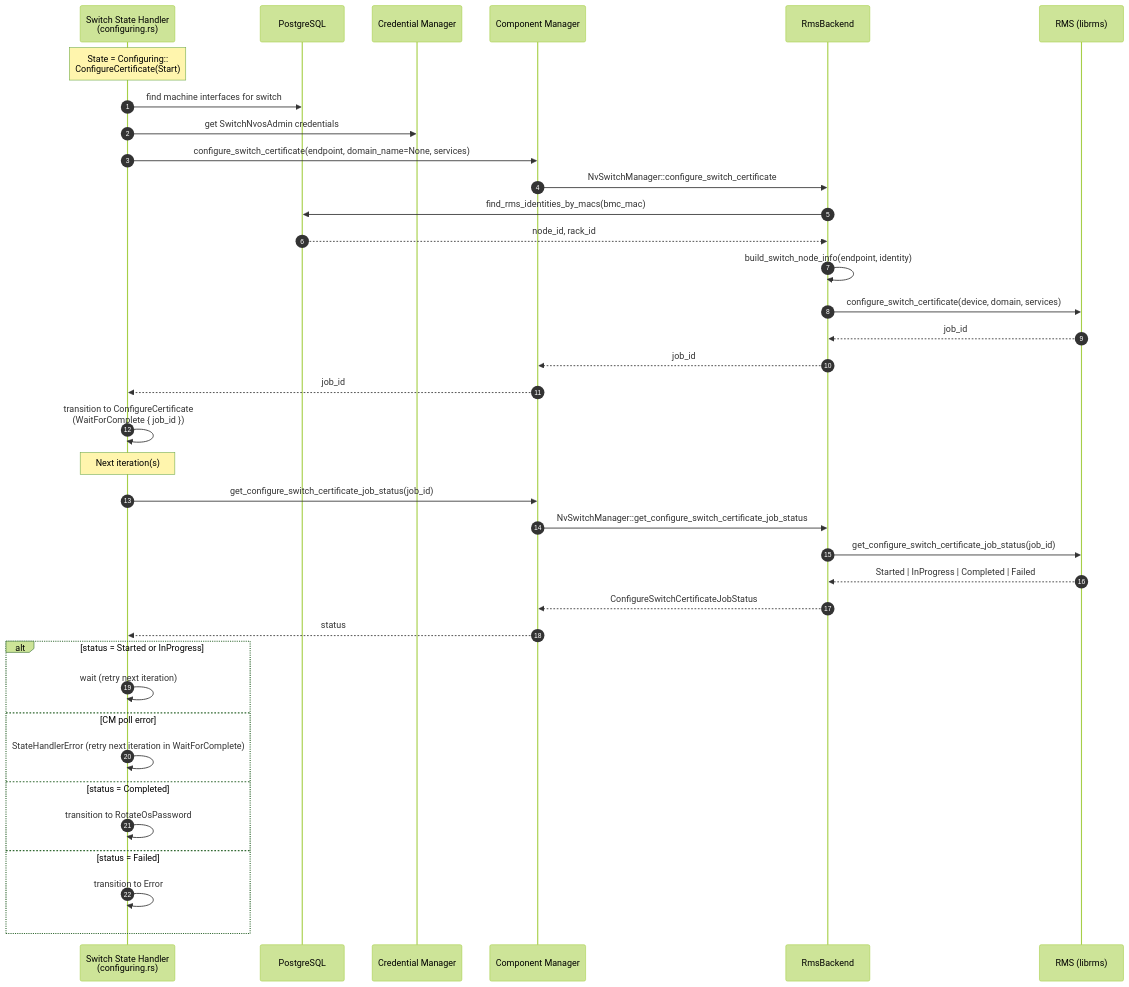
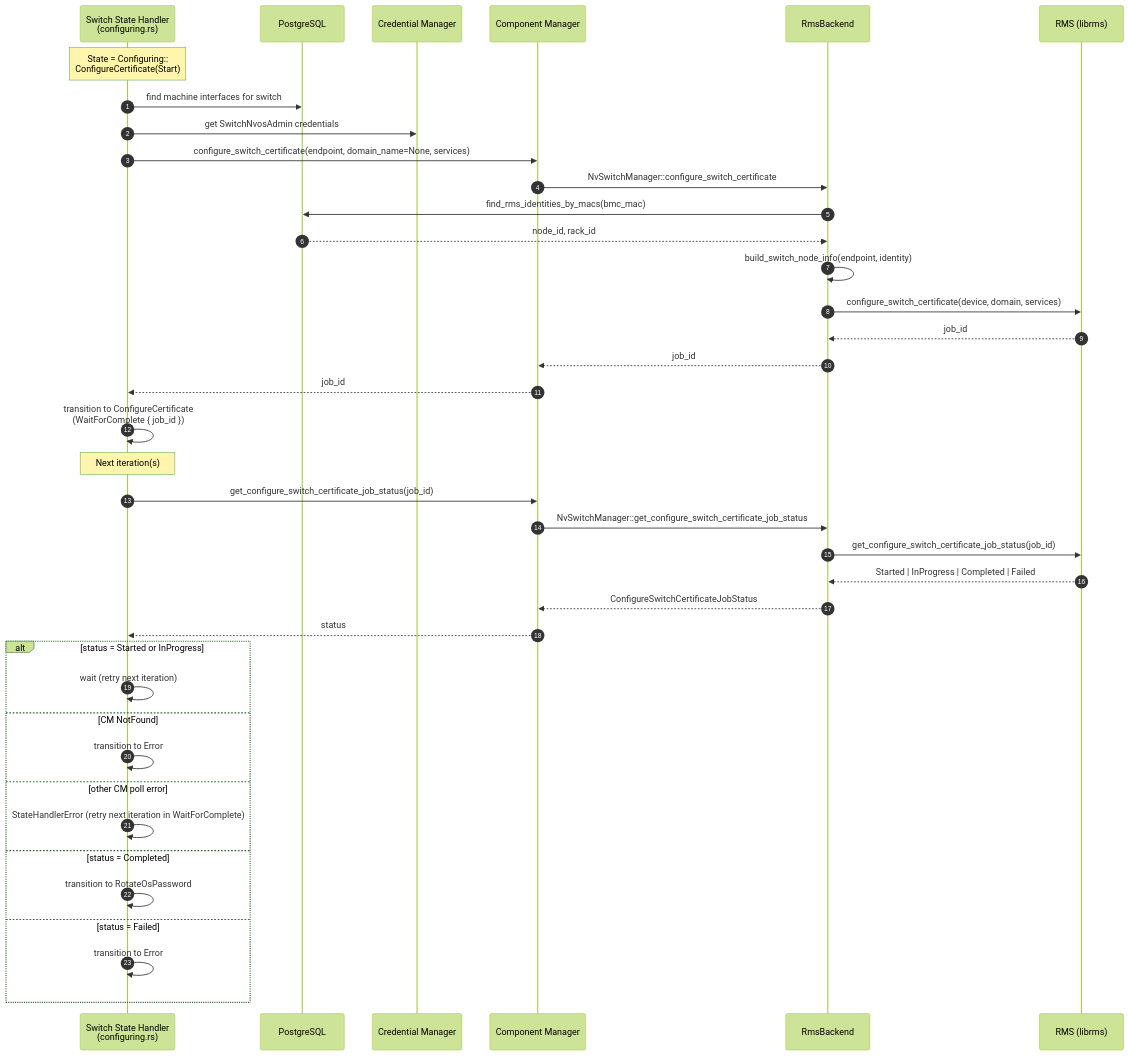
The third of 5 diagrams in docs/architecture/state_machines/switch_configure_certificate.md (dsx-ai-factory/infra-controller), drawn with Mermaid (forest theme) before and after one commit. The commit also changed other lines of this file and 21 other files, not shown here.

````diff
--- a/docs/architecture/state_machines/switch_configure_certificate.md
+++ b/docs/architecture/state_machines/switch_configure_certificate.md
@@ -368,46 +388,48 @@
 ```mermaid
 sequenceDiagram
     autonumber
     participant SCH as Switch State Handler<br/>(configuring.rs)
     participant DB as PostgreSQL
     participant Creds as Credential Manager
     participant CM as Component Manager
     participant RMS as RmsBackend
     participant RPC as RMS (librms)
 
     Note over SCH: State = Configuring::<br/>ConfigureCertificate(Start)
 
     SCH->>DB: find machine interfaces for switch
     SCH->>Creds: get SwitchNvosAdmin credentials
     SCH->>CM: configure_switch_certificate(endpoint, domain_name=None, services)
 
     CM->>RMS: NvSwitchManager::configure_switch_certificate
     RMS->>DB: find_rms_identities_by_macs(bmc_mac)
     DB-->>RMS: node_id, rack_id
     RMS->>RMS: build_switch_node_info(endpoint, identity)
     RMS->>RPC: configure_switch_certificate(device, domain, services)
     RPC-->>RMS: job_id
     RMS-->>CM: job_id
     CM-->>SCH: job_id
 
     SCH->>SCH: transition to ConfigureCertificate<br/>(WaitForComplete { job_id })
 
     Note over SCH: Next iteration(s)
 
     SCH->>CM: get_configure_switch_certificate_job_status(job_id)
     CM->>RMS: NvSwitchManager::get_configure_switch_certificate_job_status
     RMS->>RPC: get_configure_switch_certificate_job_status(job_id)
     RPC-->>RMS: Started | InProgress | Completed | Failed
     RMS-->>CM: ConfigureSwitchCertificateJobStatus
     CM-->>SCH: status
 
     alt status = Started or InProgress
         SCH->>SCH: wait (retry next iteration)
-    else CM poll error
+    else CM NotFound
+        SCH->>SCH: transition to Error
+    else other CM poll error
         SCH->>SCH: StateHandlerError (retry next iteration in WaitForComplete)
     else status = Completed
         SCH->>SCH: transition to RotateOsPassword
     else status = Failed
         SCH->>SCH: transition to Error
     end
 ```
````
